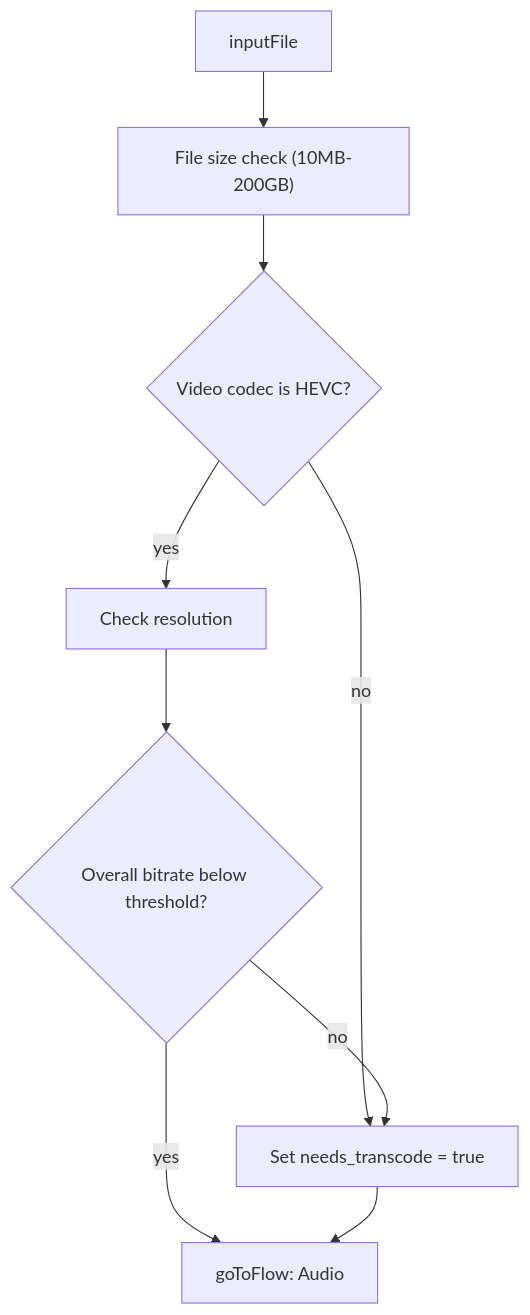
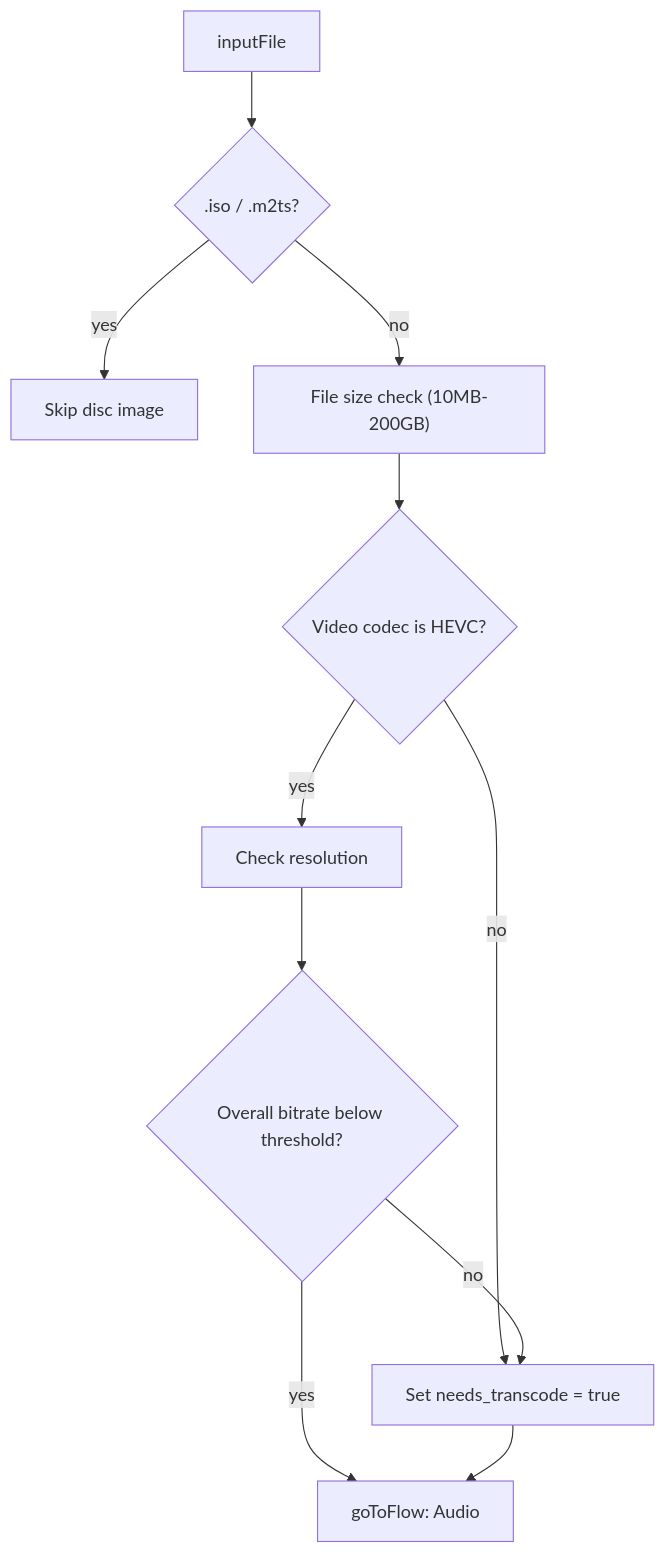
The second of 5 diagrams in flux/manifests/04-apps/media/management/tdarr/flows/README.md (Apocrathia/homelab), drawn with Mermaid before and after one commit. The commit also changed other lines of this file and 3 other files, not shown here.

````diff
--- a/flux/manifests/04-apps/media/management/tdarr/flows/README.md
+++ b/flux/manifests/04-apps/media/management/tdarr/flows/README.md
@@ -22,11 +22,13 @@
 ```mermaid
 flowchart TD
-    Start[inputFile] --> SizeCheck["File size check (10MB-200GB)"]
+    Start[inputFile] --> ExtCheck{".iso / .m2ts"?}
+    ExtCheck -->|yes| SkipDisk["Skip disc image"]
+    ExtCheck -->|no| SizeCheck["File size check (10MB-200GB)"]
     SizeCheck --> CodecCheck{Video codec is HEVC?}
     CodecCheck -->|no| NeedsTranscode["Set needs_transcode = true"]
     CodecCheck -->|yes| ResCheck["Check resolution"]
     ResCheck --> BitrateCheck{Overall bitrate below threshold?}
     BitrateCheck -->|yes| GoToF2["goToFlow: Audio"]
     BitrateCheck -->|no| NeedsTranscode
     NeedsTranscode --> GoToF2
 ```
````
